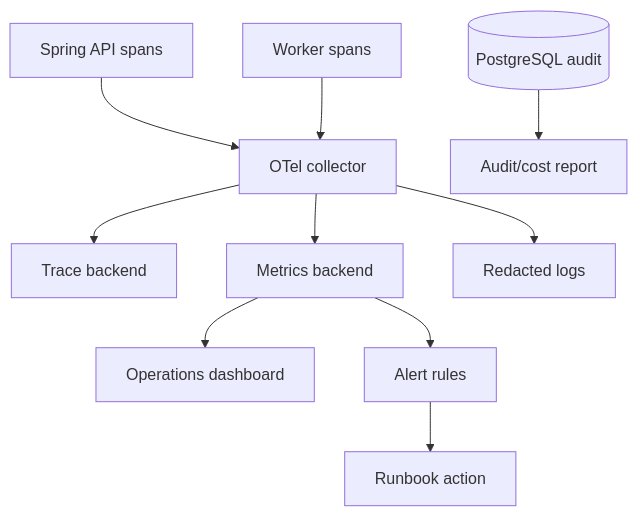
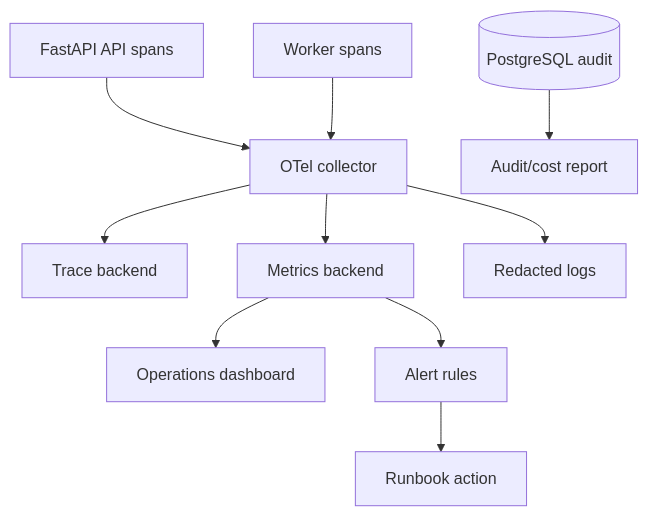
Diagram 26 of 31 in docs/DOC-04-architecture.md (AI20K-VGR/contract-intelligence-core), drawn with Mermaid before and after one commit. The commit also changed other lines of this file and 16 other files, not shown here.

First line of the commit message:
docs(repo): align stack to FastAPI backend-push, fix cross-document contract gaps

````diff
--- a/docs/DOC-04-architecture.md
+++ b/docs/DOC-04-architecture.md
@@ -622,12 +680,12 @@
 ```mermaid
 flowchart TB
-  API[Spring API spans] --> COL[OTel collector]
+  API[FastAPI API spans] --> COL[OTel collector]
   W[Worker spans] --> COL
   COL --> TR[Trace backend]
   COL --> MT[Metrics backend]
   COL --> LG[Redacted logs]
   MT --> DB1[Operations dashboard]
   MT --> AL[Alert rules]
   AL --> RB[Runbook action]
   AUD[(PostgreSQL audit)] --> REP[Audit/cost report]
 ```
````
